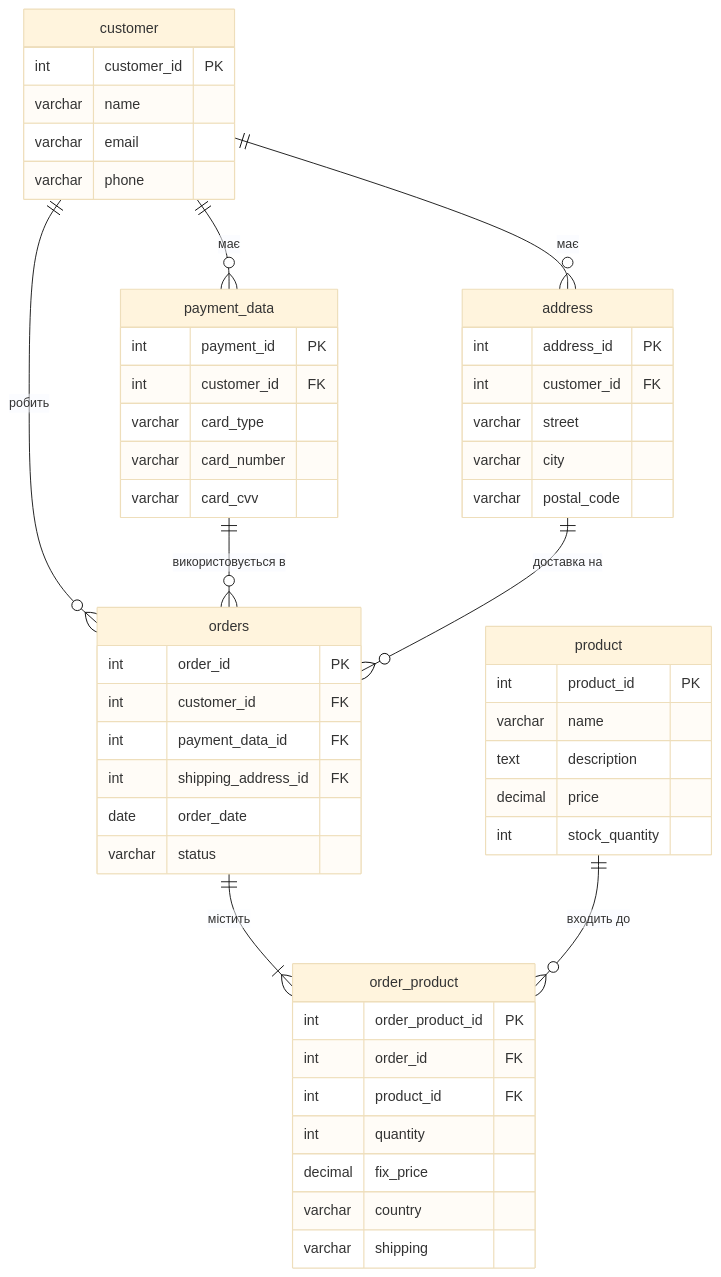
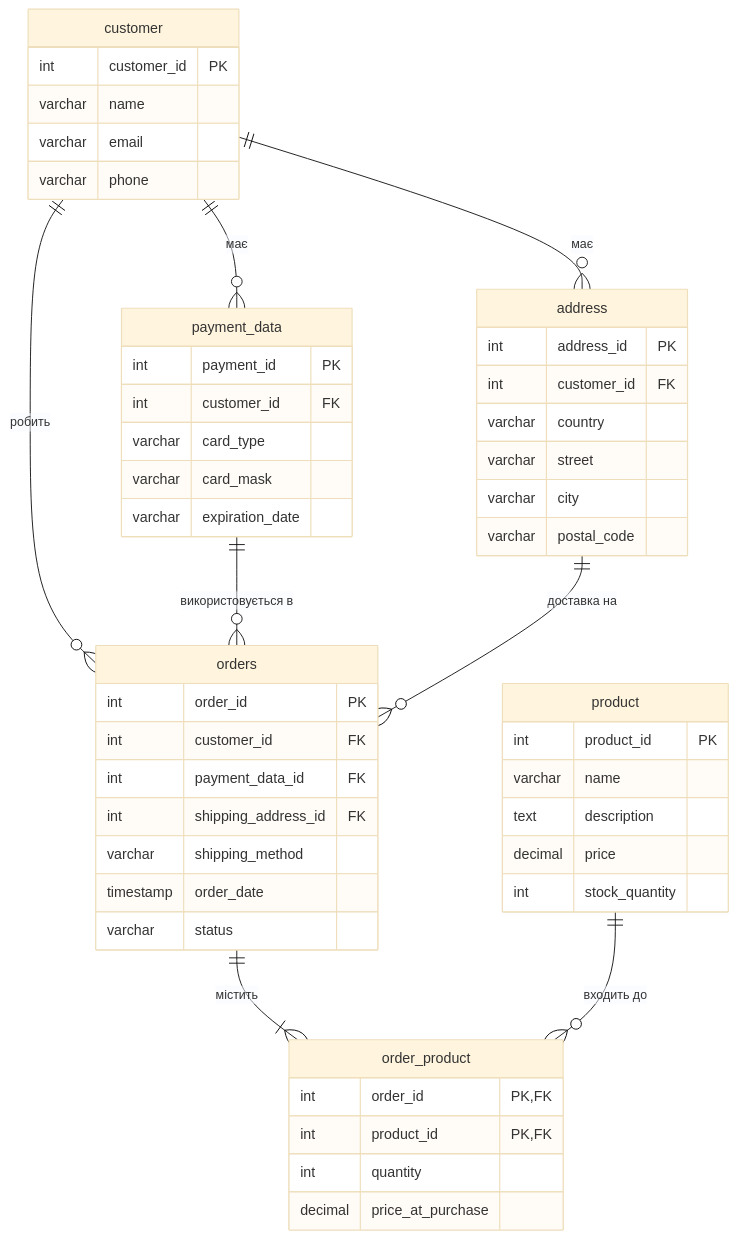
One commit to ZheniaTrochun/db-intro-course changed the diagram in labs/2 - DDL/laba_2/ER.mmd. Above: the diagram before and after it, drawn with Mermaid (base theme). The commit also changed 4 other files, not shown here.

Commit message:
feat(db): implement e-commerce relational schema with constraints

```diff
--- a/labs/2 - DDL/laba_2/ER.mmd
+++ b/labs/2 - DDL/laba_2/ER.mmd
@@ -1,53 +1,52 @@
 erDiagram
     customer {
         int customer_id PK
         varchar name
         varchar email
         varchar phone
     }
     address {
         int address_id PK
         int customer_id FK
+        varchar country
         varchar street
         varchar city
         varchar postal_code
     }
     payment_data {
         int payment_id PK
         int customer_id FK
         varchar card_type
-        varchar card_number
-        varchar card_cvv
+        varchar card_mask
+        varchar expiration_date
     }
     product {
         int product_id PK
         varchar name
         text description
         decimal price
         int stock_quantity
     }
     orders {
         int order_id PK
         int customer_id FK
         int payment_data_id FK
         int shipping_address_id FK
-        date order_date
+        varchar shipping_method
+        timestamp order_date
         varchar status
     }
     order_product {
-        int order_product_id PK
-        int order_id FK
-        int product_id FK
+        int order_id PK,FK
+        int product_id PK,FK
         int quantity
-        decimal fix_price
-        varchar country
-        varchar shipping
+        decimal price_at_purchase
     }
 
     customer ||--o{ address : "має"
     customer ||--o{ payment_data : "має"
     customer ||--o{ orders : "робить"
     payment_data ||--o{ orders : "використовується в"
     address ||--o{ orders : "доставка на"
     orders ||--|{ order_product : "містить"
     product ||--o{ order_product : "входить до"
```
